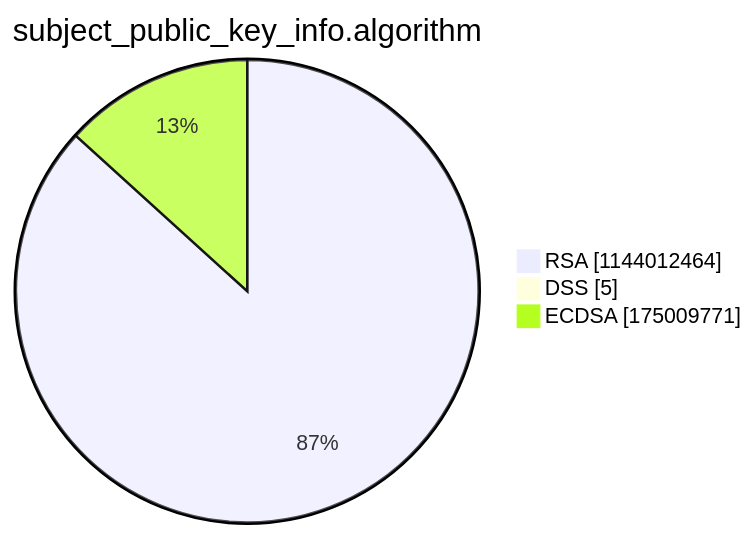
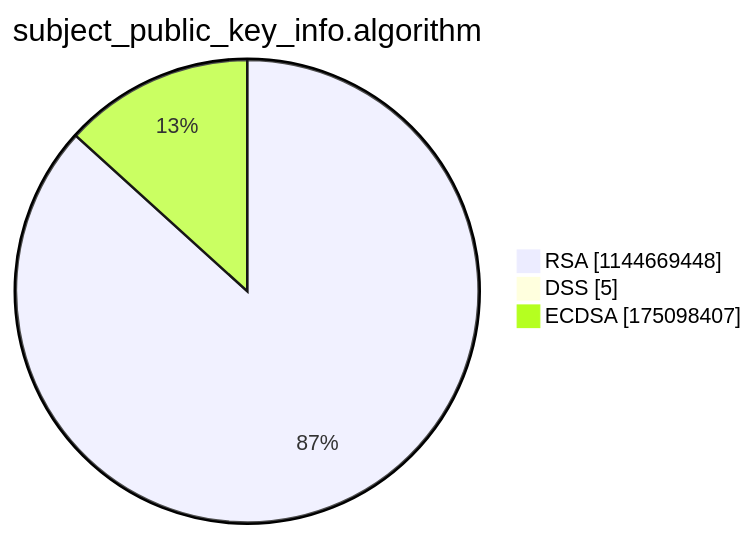
One commit to christiankrug/ctmonitor_visualization changed the third of 15 diagrams in argon2022/README.md. Above: the diagram before and after it, drawn with Mermaid. The commit also changed other lines of this file, not shown here.

````diff
--- a/argon2022/README.md
+++ b/argon2022/README.md
@@ -14,7 +14,7 @@
 ```mermaid
 pie showData
 title subject_public_key_info.algorithm
-"RSA" :1144012464
+"RSA" :1144669448
 "DSS" :5
-"ECDSA" :175009771
+"ECDSA" :175098407
 ```
````
